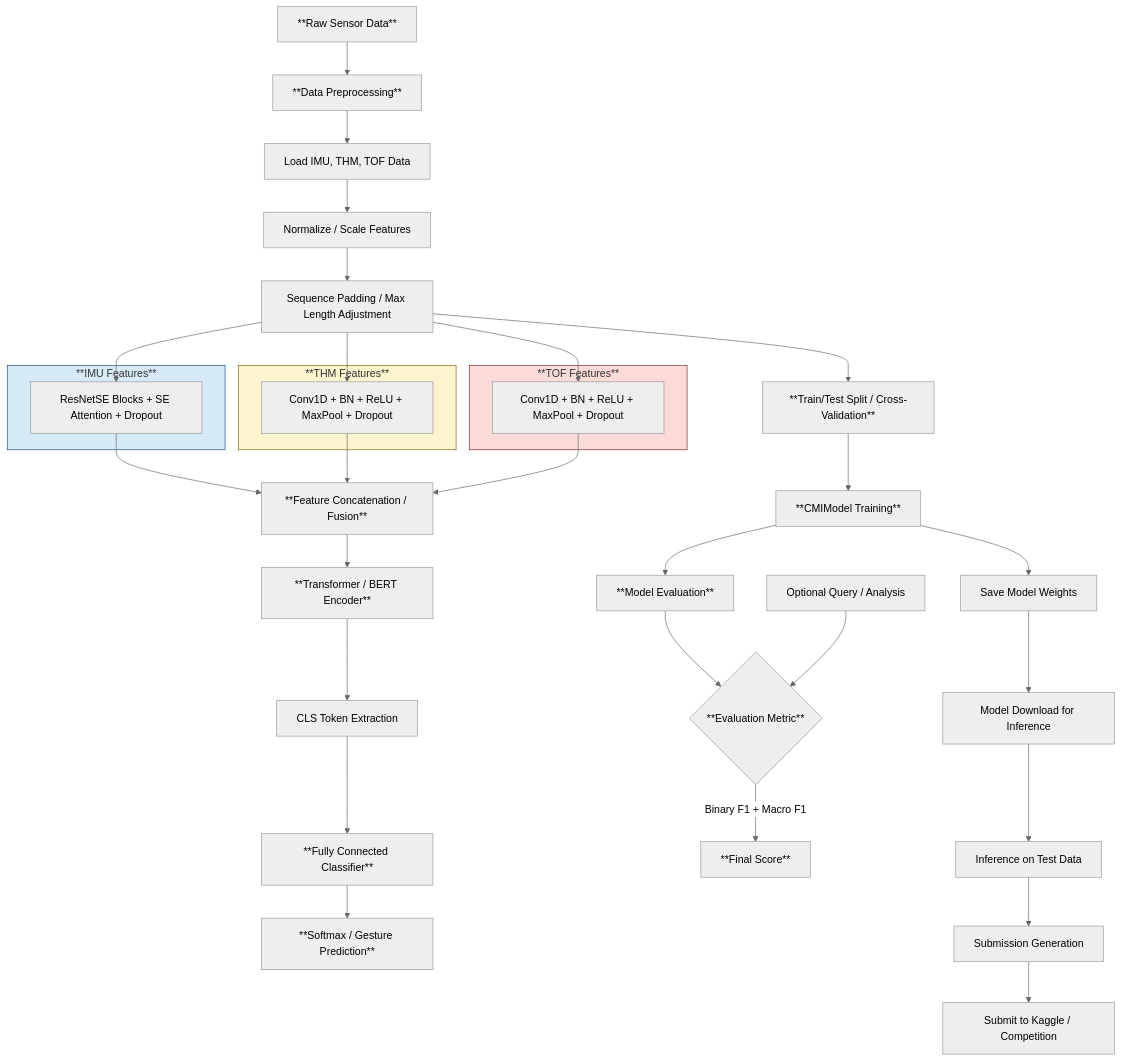
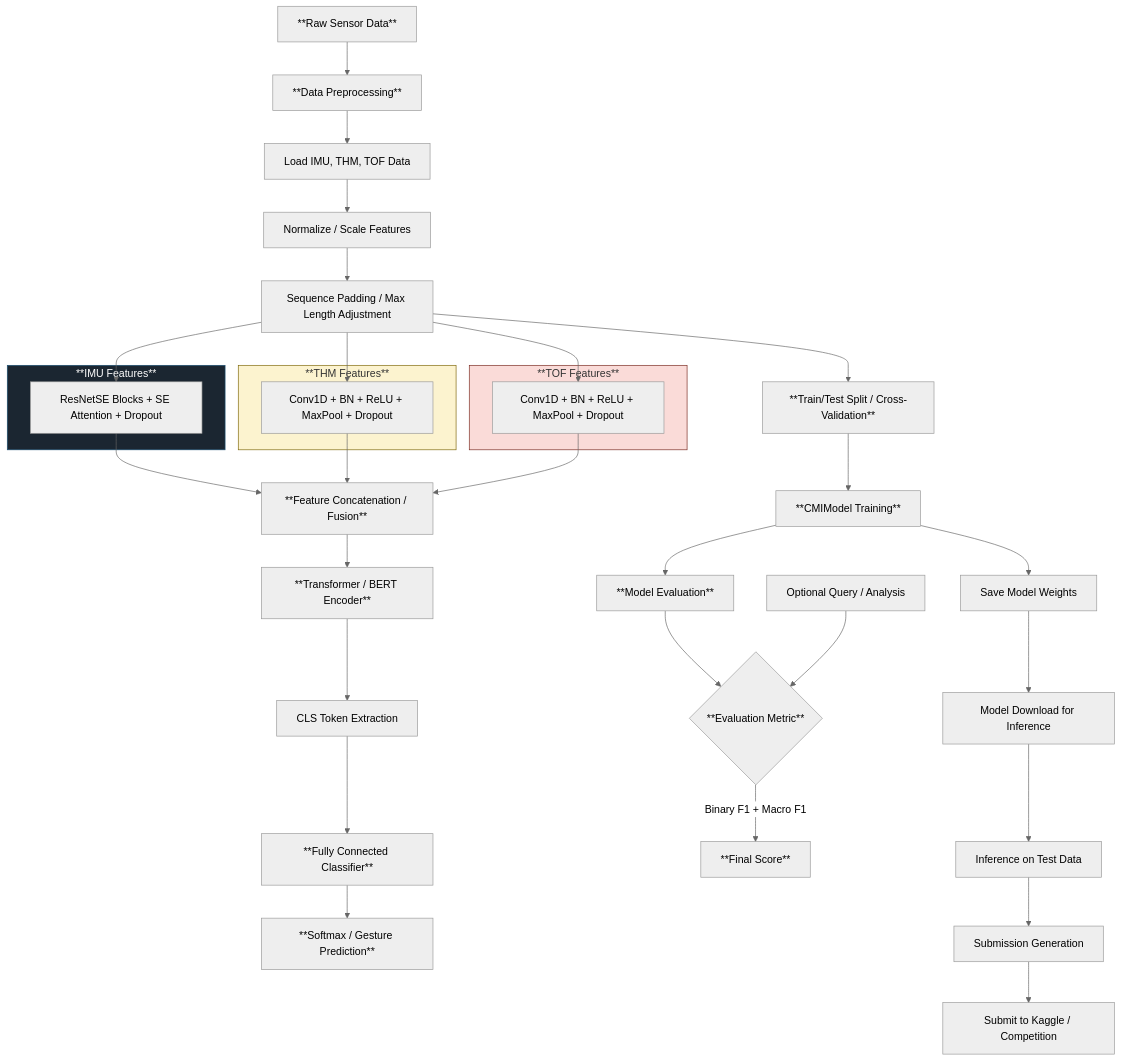
One commit to priyanshkeshari/Behavior-Detection changed the diagram in README.md. Above: the diagram before and after it, drawn with Mermaid (neutral theme).

````diff
--- a/README.md
+++ b/README.md
@@ -95,58 +95,58 @@
 ```mermaid
 flowchart TD
     %% === Raw Data & Preprocessing ===
     A[**Raw Sensor Data**] --> B[**Data Preprocessing**]
     B --> B1[Load IMU, THM, TOF Data]
     B1 --> B2[Normalize / Scale Features]
     B2 --> B3[Sequence Padding / Max Length Adjustment]
 
     %% === Parallel Feature Extraction Lanes ===
     subgraph IMU_Lane[**IMU Features**]
-        style IMU_Lane fill:#D6EAF8,stroke:#1B4F72,stroke-width:1px
+        style IMU_Lane fill:#1B2631,stroke:#1B4F72,stroke-width:1px,color:#FFFFFF
         C1[ResNetSE Blocks + SE Attention + Dropout]
     end
 
     subgraph THM_Lane[**THM Features**]
         style THM_Lane fill:#FCF3CF,stroke:#7D6608,stroke-width:1px
         C2[Conv1D + BN + ReLU + MaxPool + Dropout]
     end
 
     subgraph TOF_Lane[**TOF Features**]
         style TOF_Lane fill:#FADBD8,stroke:#78281F,stroke-width:1px
         C3[Conv1D + BN + ReLU + MaxPool + Dropout]
     end
 
     B3 --> C1
     B3 --> C2
     B3 --> C3
 
     %% === Fusion & Transformer ===
     C1 --> D[**Feature Concatenation / Fusion**]
     C2 --> D
     C3 --> D
 
     D --> E[**Transformer / BERT Encoder**]
     E --> F[CLS Token Extraction]
 
     %% === Classifier ===
     F --> G[**Fully Connected Classifier**]
     G --> H[**Softmax / Gesture Prediction**]
 
     %% === Train/Test Split & Evaluation ===
     B3 --> I[**Train/Test Split / Cross-Validation**]
     I --> J[**CMIModel Training**]
     J --> K[**Model Evaluation**]
     K --> L{**Evaluation Metric**}
     L -->|Binary F1 + Macro F1| M[**Final Score**]
 
     %% === Model Saving & Inference ===
     J --> N[Save Model Weights]
     N --> O[Model Download for Inference]
     O --> P[Inference on Test Data]
     P --> Q[Submission Generation]
     Q --> R[Submit to Kaggle / Competition]
 
     %% === Optional Query / Analysis ===
     U[Optional Query / Analysis] --> L
 
  ```   
````
